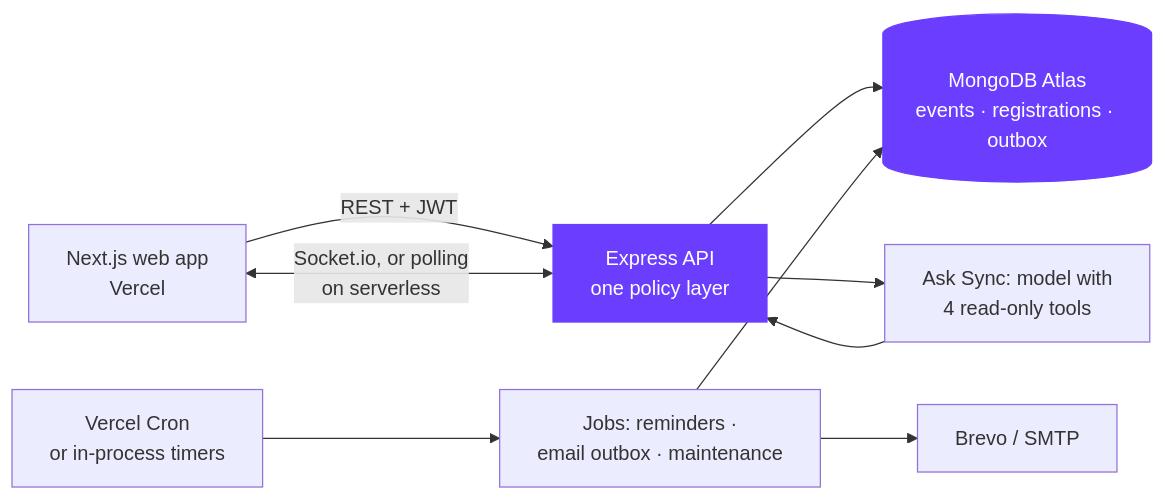
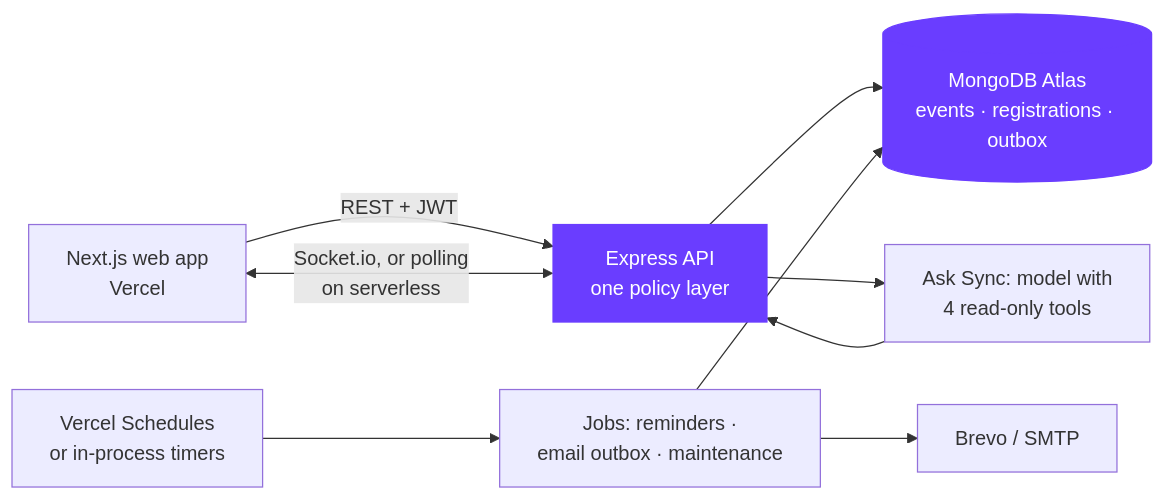
Before and after one commit to sakshamm21/Sync: the diagram in README.md, drawn with Mermaid. The commit also changed other lines of this file and 7 other files, not shown here.

First line of the commit message:
Make the demo reset reliable and move the jobs to Vercel Schedules (#4)

````diff
--- a/README.md
+++ b/README.md
@@ -137,13 +137,13 @@
 ```mermaid
 flowchart LR
   W[Next.js web app<br/>Vercel] -->|REST + JWT| A[Express API<br/>one policy layer]
   A --> DB[(MongoDB Atlas<br/>events · registrations · outbox)]
   A <-->|Socket.io, or polling<br/>on serverless| W
-  C[Vercel Cron<br/>or in-process timers] --> J[Jobs: reminders ·<br/>email outbox · maintenance]
+  C[Vercel Schedules<br/>or in-process timers] --> J[Jobs: reminders ·<br/>email outbox · maintenance]
   J --> DB
   J --> M[Brevo / SMTP]
   A --> AI[Ask Sync: model with<br/>4 read-only tools]
   AI --> A
   classDef accent fill:#6a3dff,stroke:#6a3dff,color:#fff
   class A,DB accent
 ```
````
